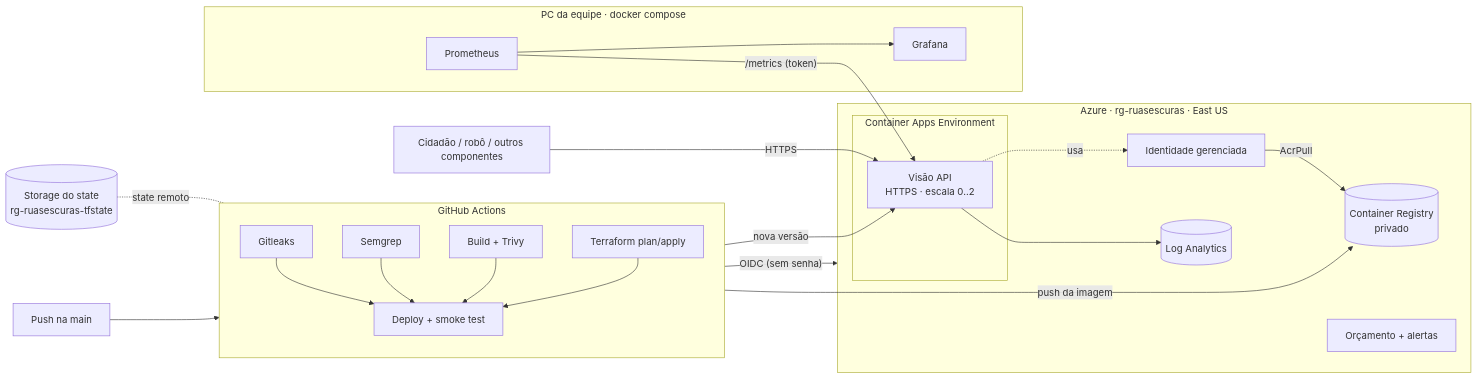
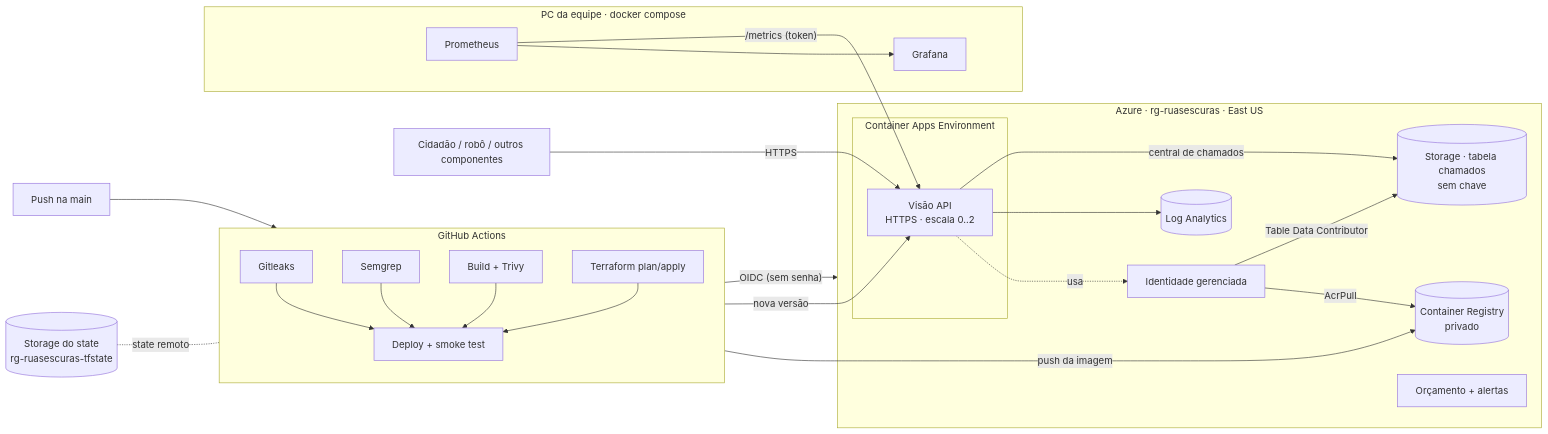
One commit to guilhermedaher10/Global-Solution_CitzenTech_2026 changed the diagram in 06-devops-cloud/README.md. Above: the diagram before and after it, drawn with Mermaid. The commit also changed other lines of this file and 4 other files, not shown here.

````diff
--- a/06-devops-cloud/README.md
+++ b/06-devops-cloud/README.md
@@ -22,28 +22,30 @@
 ```mermaid
 flowchart LR
   dev[Push na main] --> gha
   subgraph gha[GitHub Actions]
     direction TB
     gl[Gitleaks] & sg[Semgrep] & tv[Build + Trivy] & tf[Terraform plan/apply]
     gl & sg & tv & tf --> dep[Deploy + smoke test]
   end
   gha -- "OIDC (sem senha)" --> az
   subgraph az[Azure · rg-ruasescuras · East US]
     acr[(Container Registry<br/>privado)]
     subgraph cae[Container Apps Environment]
       ca[Visão API<br/>HTTPS · escala 0..2]
     end
     id[Identidade gerenciada] -- AcrPull --> acr
     ca -. usa .-> id
     ca --> log[(Log Analytics)]
+    id -- Table Data Contributor --> tab[(Storage · tabela chamados<br/>sem chave)]
+    ca -- central de chamados --> tab
     bud[Orçamento + alertas]
   end
   dep -- push da imagem --> acr
   dep -- nova versão --> ca
   cid[Cidadão / robô / outros componentes] -- HTTPS --> ca
   subgraph pc[PC da equipe · docker compose]
     prom[Prometheus] --> graf[Grafana]
   end
   prom -- "/metrics (token)" --> ca
   state[(Storage do state<br/>rg-ruasescuras-tfstate)] -. state remoto .- tf
 ```
````
